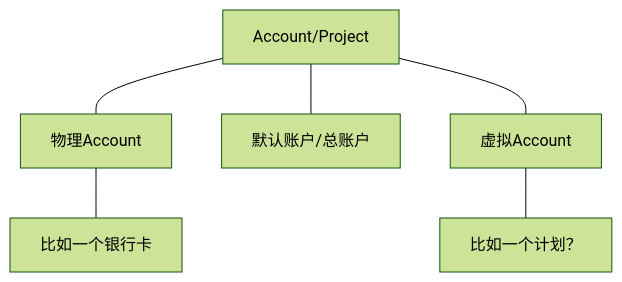
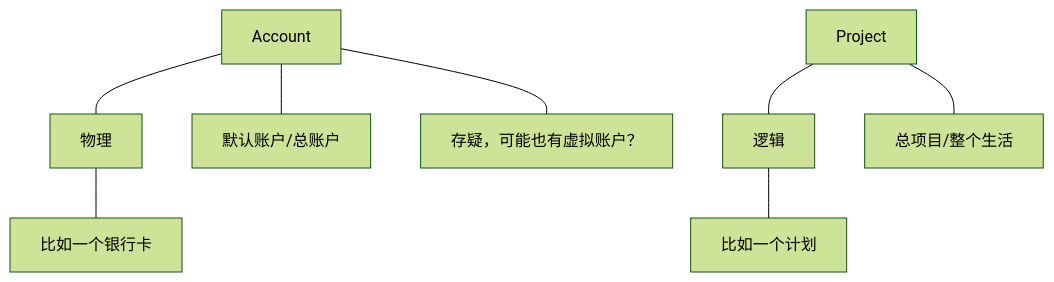
Before and after one commit to nielinjie/noAccount: the second of 6 diagrams in domain/domain.md, drawn with Mermaid (forest theme). The commit also changed other lines of this file and 8 other files, not shown here.

````diff
--- a/domain/domain.md
+++ b/domain/domain.md
@@ -17,7 +25,10 @@
 ```mermaid
 flowchart TB
-    A[Account/Project] --- B[物理Account] ---比如一个银行卡
-    A --- 默认账户/总账户
-    A --- C[虚拟Account]
-    C --- p["比如一个计划？"]
+    A[Account] --- B[物理] ---比如一个银行卡
+    A --- d[默认账户/总账户]
+    A --- X["存疑，可能也有虚拟账户？"]
+
+    P[Project] --- C[逻辑]
+    C --- p["比如一个计划"]
+    P --- 总项目/整个生活
 ```
````
